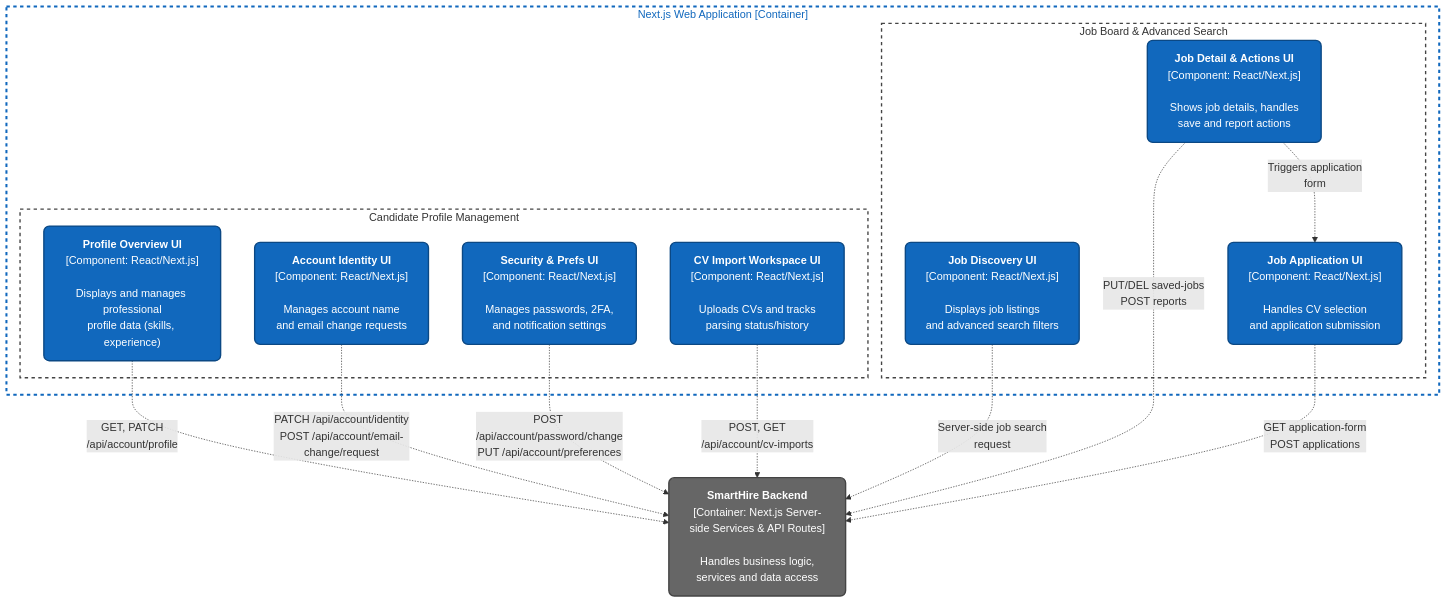
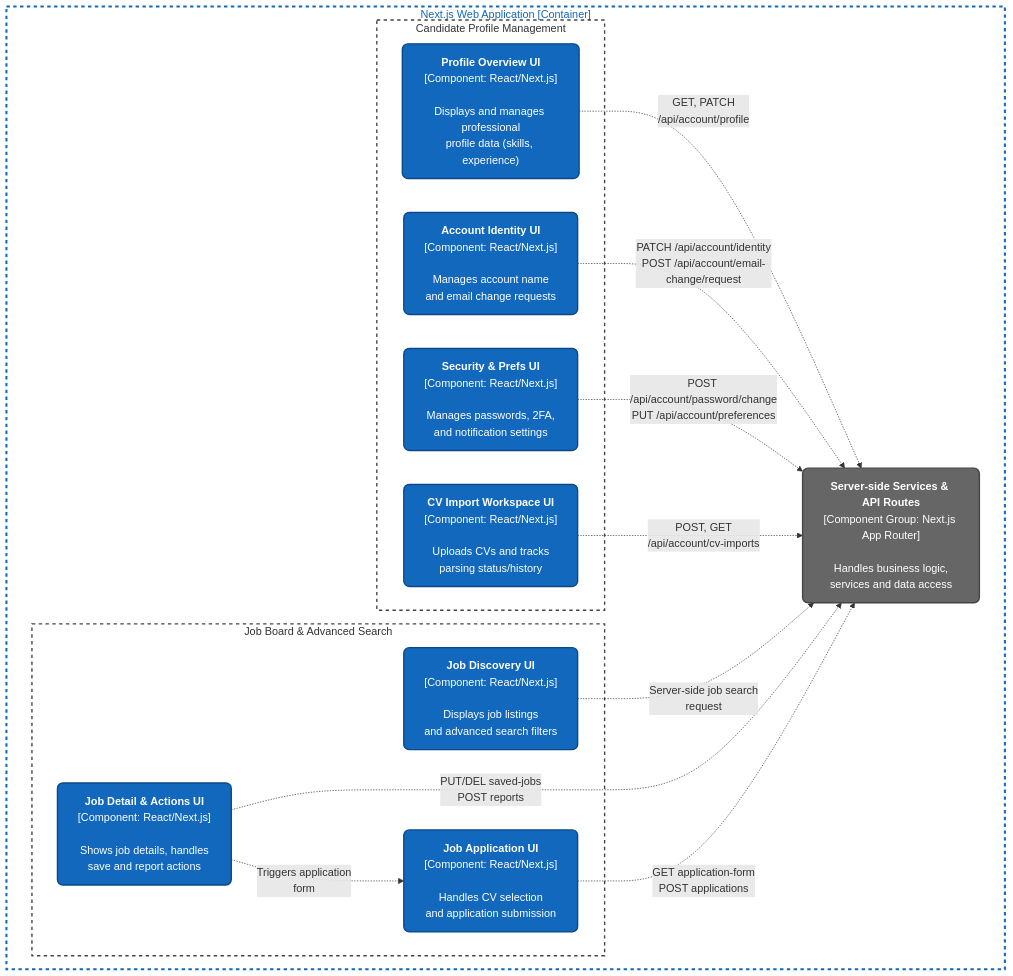
Before and after one commit to quocuy0112/Software-Engineering---Group-9: the diagram in docs/diagrams/container component diagrams/Frontend_Component.md, drawn with Mermaid. The commit also changed other lines of this file and 1 other file, not shown here.

Commit message:
Update Sys Context and FE diagrams

````diff
--- a/docs/diagrams/container component diagrams/Frontend_Component.md
+++ b/docs/diagrams/container component diagrams/Frontend_Component.md
@@ -5,48 +5,48 @@
 ```mermaid
 flowchart TD
     %% Styling
     classDef component fill:#1168bd,stroke:#0b4884,stroke-width:2px,color:#fff,rx:8px,ry:8px
     classDef backend fill:#666666,stroke:#444444,stroke-width:2px,color:#fff,rx:8px,ry:8px
     classDef boundary fill:none,stroke:#444,stroke-width:2px,stroke-dasharray: 5 5,color:#333
     classDef containerBoundary fill:none,stroke:#1168bd,stroke-width:3px,stroke-dasharray: 5 5,color:#1168bd
 
-    %% Frontend Container Boundary
+    %% Next.js Web Application Container Boundary
     subgraph Container_Frontend ["Next.js Web Application [Container]"]
         
         %% Candidate Profile Management Boundary
         subgraph Boundary_Profile ["Candidate Profile Management"]
             C_Profile["<b>Profile Overview UI</b><br/>[Component: React/Next.js]<br/><br/>Displays and manages professional<br/>profile data (skills, experience)"]:::component
             C_Account["<b>Account Identity UI</b><br/>[Component: React/Next.js]<br/><br/>Manages account name<br/>and email change requests"]:::component
             C_Security["<b>Security & Prefs UI</b><br/>[Component: React/Next.js]<br/><br/>Manages passwords, 2FA,<br/>and notification settings"]:::component
             C_CV["<b>CV Import Workspace UI</b><br/>[Component: React/Next.js]<br/><br/>Uploads CVs and tracks<br/>parsing status/history"]:::component
         end
 
         %% Job Board & Advanced Search Boundary
         subgraph Boundary_Jobs ["Job Board & Advanced Search"]
             C_Search["<b>Job Discovery UI</b><br/>[Component: React/Next.js]<br/><br/>Displays job listings<br/>and advanced search filters"]:::component
             C_Detail["<b>Job Detail & Actions UI</b><br/>[Component: React/Next.js]<br/><br/>Shows job details, handles<br/>save and report actions"]:::component
             C_Apply["<b>Job Application UI</b><br/>[Component: React/Next.js]<br/><br/>Handles CV selection<br/>and application submission"]:::component
         end
         
+        %% Backend Services & API (Inside the Next.js Container)
+        API["<b>Server-side Services & API Routes</b><br/>[Component Group: Next.js App Router]<br/><br/>Handles business logic,<br/>services and data access"]:::backend
+        
     end
-
-    %% Backend API (Container Level)
-    API["<b>SmartHire Backend</b><br/>[Container: Next.js Server-side Services & API Routes]<br/><br/>Handles business logic,<br/>services and data access"]:::backend
 
     %% Relationships - Profile
     C_Profile -. "GET, PATCH<br/>/api/account/profile" .-> API
     C_Account -. "PATCH /api/account/identity<br/>POST /api/account/email-change/request" .-> API
     C_Security -. "POST /api/account/password/change<br/>PUT /api/account/preferences" .-> API
     C_CV -. "POST, GET<br/>/api/account/cv-imports" .-> API
 
     %% Relationships - Jobs
     C_Search -. "Server-side job search<br/>request" .-> API
     C_Detail -. "PUT/DEL saved-jobs<br/>POST reports" .-> API
     C_Apply -. "GET application-form<br/>POST applications" .-> API
 
     C_Detail -. "Triggers application<br/>form" .-> C_Apply
     
     %% Layout constraints
     class Boundary_Profile,Boundary_Jobs boundary
     class Container_Frontend containerBoundary
 ```
````
